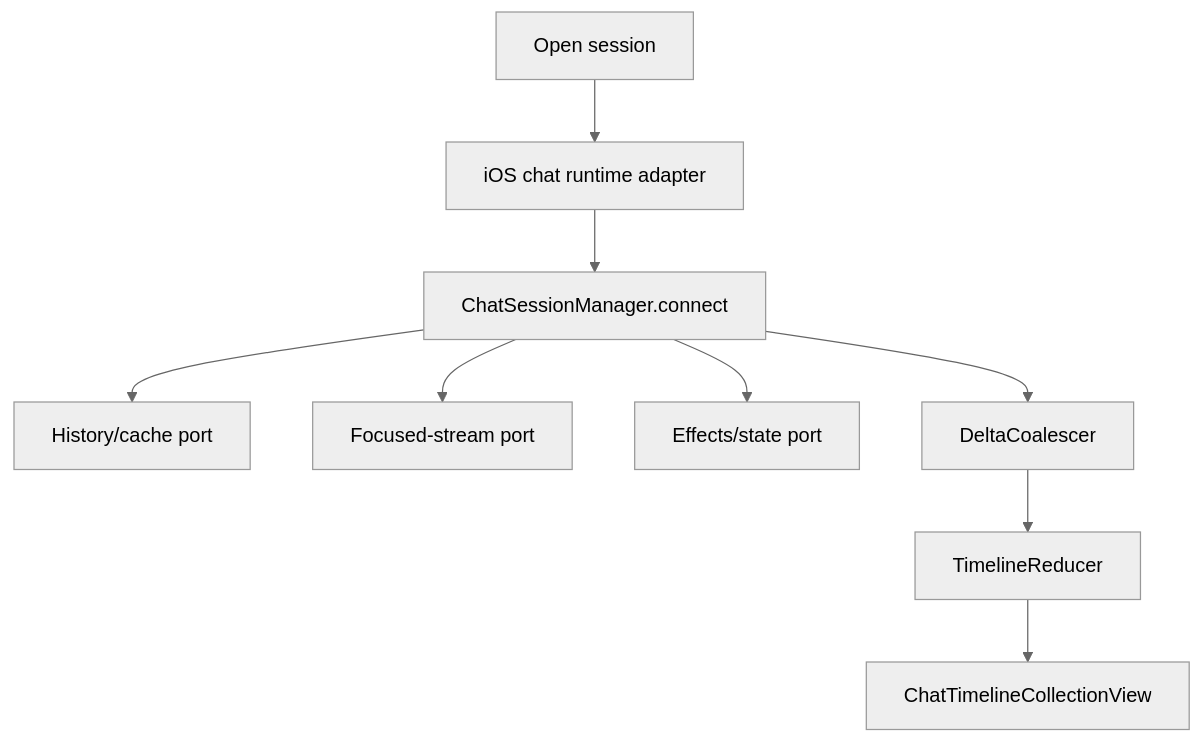
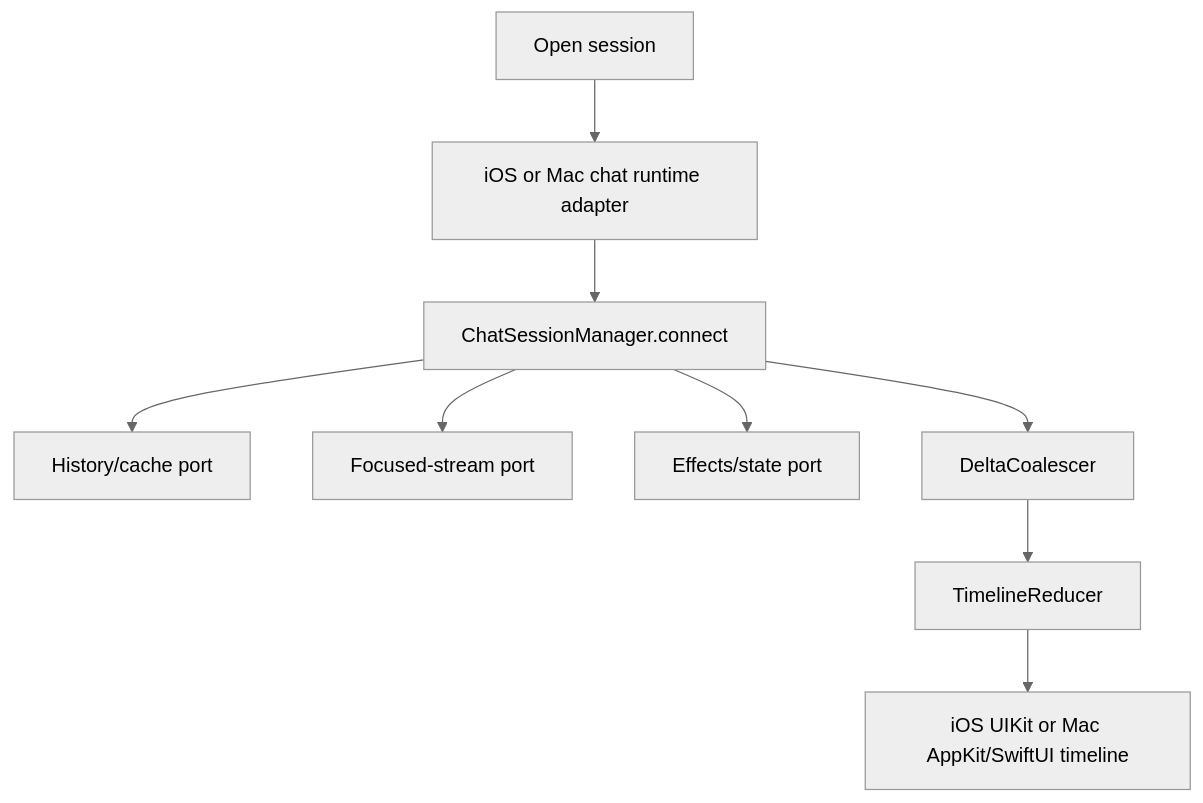
One commit to duh17/oppi changed the fourth of 4 diagrams in docs/architecture-client.md. Above: the diagram before and after it, drawn with Mermaid (neutral theme). The commit also changed other lines of this file and 8 other files, not shown here.

First line of the commit message:
chore: enforce Mac client architecture boundaries

````diff
--- a/docs/architecture-client.md
+++ b/docs/architecture-client.md
@@ -191,21 +213,21 @@
 ```mermaid
 graph TD
   Open[Open session]
-  Adapter[iOS chat runtime adapter]
+  Adapter[iOS or Mac chat runtime adapter]
   Manager[ChatSessionManager.connect]
   Cache[History/cache port]
   Stream[Focused-stream port]
   Effects[Effects/state port]
   Coalescer[DeltaCoalescer]
   Reducer[TimelineReducer]
-  UIKit[ChatTimelineCollectionView]
+  Paint[iOS UIKit or Mac AppKit/SwiftUI timeline]
 
   Open --> Adapter
   Adapter --> Manager
   Manager --> Cache
   Manager --> Stream
   Manager --> Effects
   Manager --> Coalescer
   Coalescer --> Reducer
-  Reducer --> UIKit
+  Reducer --> Paint
 ```
````
